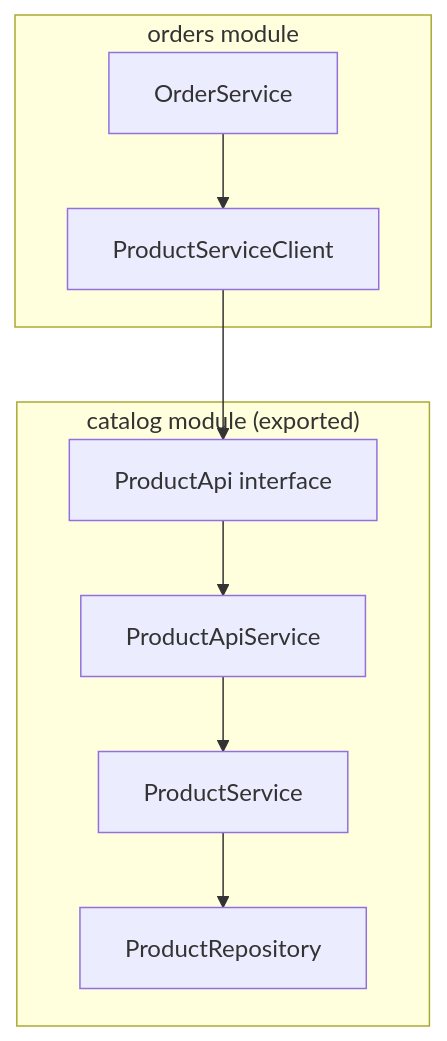
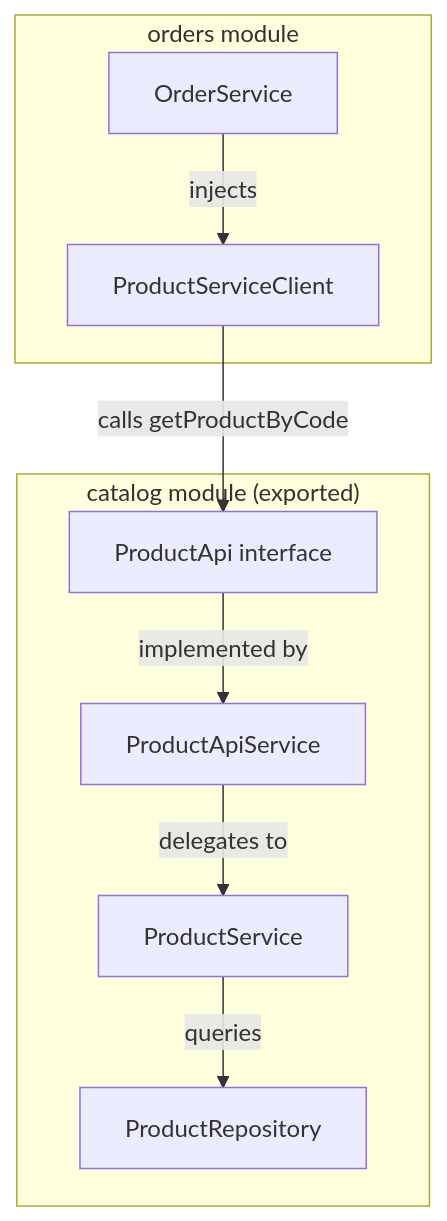
One commit to philipz/spring-modular-monolith changed the first of 3 diagrams in docs/deepwiki/Inter-Module-Communication.md. Above: the diagram before and after it, drawn with Mermaid. The commit also changed other lines of this file and 55 other files, not shown here.

````diff
--- a/docs/deepwiki/Inter-Module-Communication.md
+++ b/docs/deepwiki/Inter-Module-Communication.md
@@ -53,28 +53,28 @@
 ```mermaid
 flowchart TD
 
 ProductServiceClient["ProductServiceClient"]
 OrderService["OrderService"]
 ProductApi["ProductApi interface"]
 ProductApiService["ProductApiService"]
 ProductService["ProductService"]
 ProductRepository["ProductRepository"]
 
-ProductServiceClient --> ProductApi
+ProductServiceClient -->|"calls getProductByCode"| ProductApi
 
 subgraph subGraph1 ["catalog module (exported)"]
     ProductApi
     ProductApiService
     ProductService
     ProductRepository
-    ProductApi --> ProductApiService
-    ProductApiService --> ProductService
-    ProductService --> ProductRepository
+    ProductApi -->|"implemented by"| ProductApiService
+    ProductApiService -->|"delegates to"| ProductService
+    ProductService -->|"queries"| ProductRepository
 end
 
 subgraph subGraph0 ["orders module"]
     ProductServiceClient
     OrderService
-    OrderService --> ProductServiceClient
+    OrderService -->|"injects"| ProductServiceClient
 end
 ```
````
